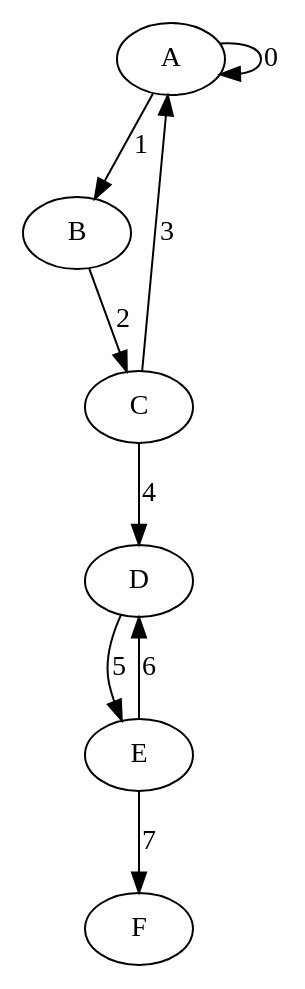
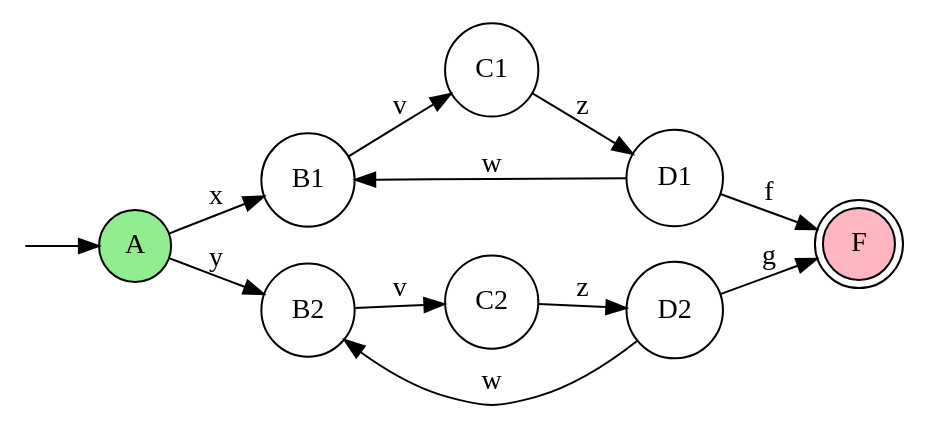
One commit to katsmil/dfa-to-fdfa changed the diagram in Input/example.dot. Above: the diagram before and after it, drawn with Graphviz. The commit also changed 6 other files, not shown here.

```diff
--- a/Input/example.dot
+++ b/Input/example.dot
@@ -1,15 +1,35 @@
 digraph G {
-    // Eerste cyclus
-    A -> A [label="0"];
-    A -> B [label="1"];
-    B -> C [label="2"];
-    C -> A [label="3"];
-    
-    // Tweede cyclus
-    C -> D [label="4"];
-    D -> E [label="5"];
-    E -> D [label="6"];
-    
-    // Losse overgang
-    E -> F [label="7"];
+    rankdir=LR;
+
+    // Startnode
+    __start0 [label="" shape="none" width=0 height=0];
+    __start0 -> A;
+
+    // Nodes
+    A [shape=circle, style=filled, fillcolor=lightgreen];   // Start
+    F [shape=doublecircle, style=filled, fillcolor=lightpink]; // Final state
+
+    // Eerste substructuur (cyclus 1)
+    B1 [shape=circle];
+    C1 [shape=circle];
+    D1 [shape=circle];
+
+    A -> B1 [label="x"];
+    B1 -> C1 [label="v"];
+    C1 -> D1 [label="z"];
+    D1 -> B1 [label="w"];
+
+    // Tweede substructuur (cyclus 2, gedragsisomorf aan cyclus 1)
+    B2 [shape=circle];
+    C2 [shape=circle];
+    D2 [shape=circle];
+
+    A -> B2 [label="y"];
+    B2 -> C2 [label="v"];
+    C2 -> D2 [label="z"];
+    D2 -> B2 [label="w"];
+
+    // Losse overgang naar final state
+    D1 -> F [label="f"];
+    D2 -> F [label="g"];
 }
```
